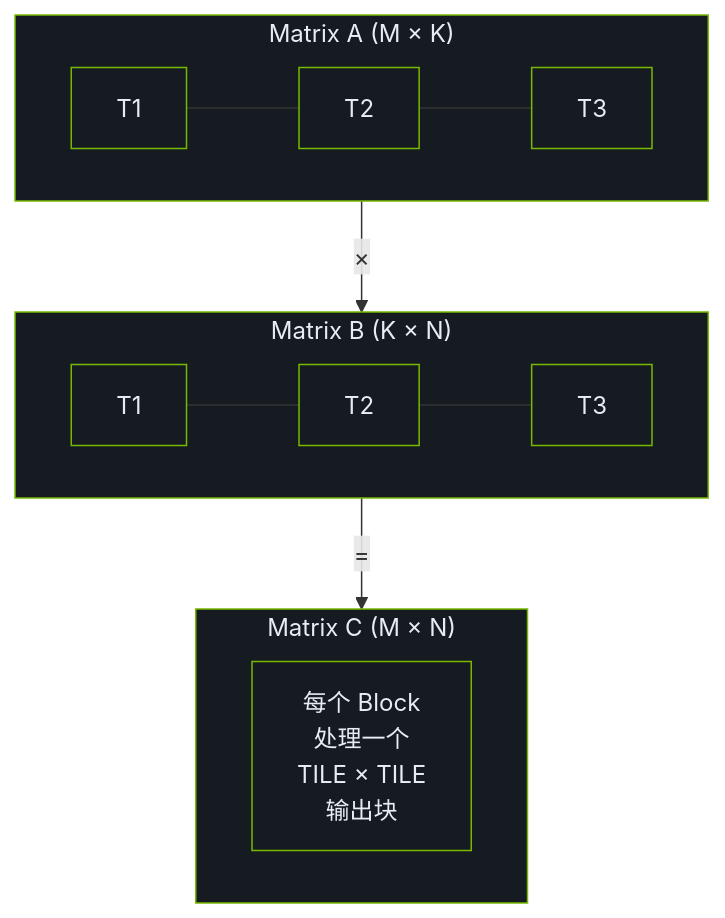
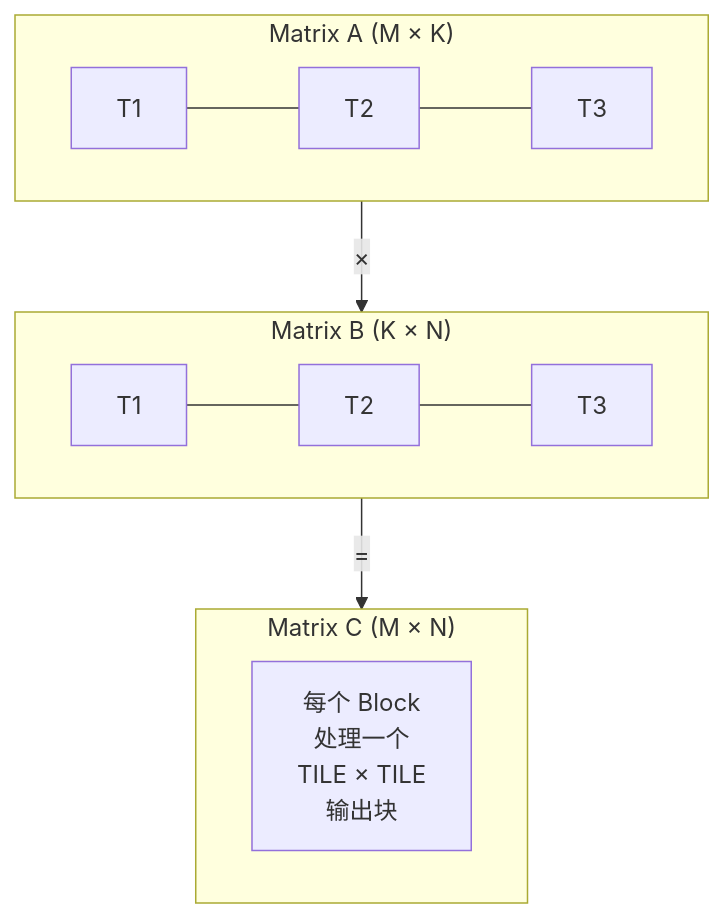
One commit to LessUp/cuda-kernel-academy changed the second of 5 diagrams in docs/zh/modules/03/gemm-optimization.md. Above: the diagram before and after it, drawn with Mermaid. The commit also changed other lines of this file and 45 other files, not shown here.

````diff
--- a/docs/zh/modules/03/gemm-optimization.md
+++ b/docs/zh/modules/03/gemm-optimization.md
@@ -116,30 +109,20 @@
 ```mermaid
 flowchart TB
     subgraph A_mat["Matrix A (M × K)"]
         direction LR
         A1["T1"] --- A2["T2"] --- A3["T3"]
     end
 
     subgraph B_mat["Matrix B (K × N)"]
         direction LR
         B1["T1"] --- B2["T2"] --- B3["T3"]
     end
 
     subgraph C_mat["Matrix C (M × N)"]
         C1["每个 Block<br/>处理一个<br/>TILE × TILE<br/>输出块"]
     end
 
     A_mat -->|"×"| B_mat
     B_mat -->|"="| C_mat
 
-    style A_mat fill:#161b22,stroke:#76B900,color:#e6edf3
-    style B_mat fill:#161b22,stroke:#76B900,color:#e6edf3
-    style C_mat fill:#161b22,stroke:#76B900,color:#e6edf3
-    style A1 fill:#161b22,stroke:#76B900,color:#e6edf3
-    style A2 fill:#161b22,stroke:#76B900,color:#e6edf3
-    style A3 fill:#161b22,stroke:#76B900,color:#e6edf3
-    style B1 fill:#161b22,stroke:#76B900,color:#e6edf3
-    style B2 fill:#161b22,stroke:#76B900,color:#e6edf3
-    style B3 fill:#161b22,stroke:#76B900,color:#e6edf3
-    style C1 fill:#161b22,stroke:#76B900,color:#e6edf3
 ```
````
